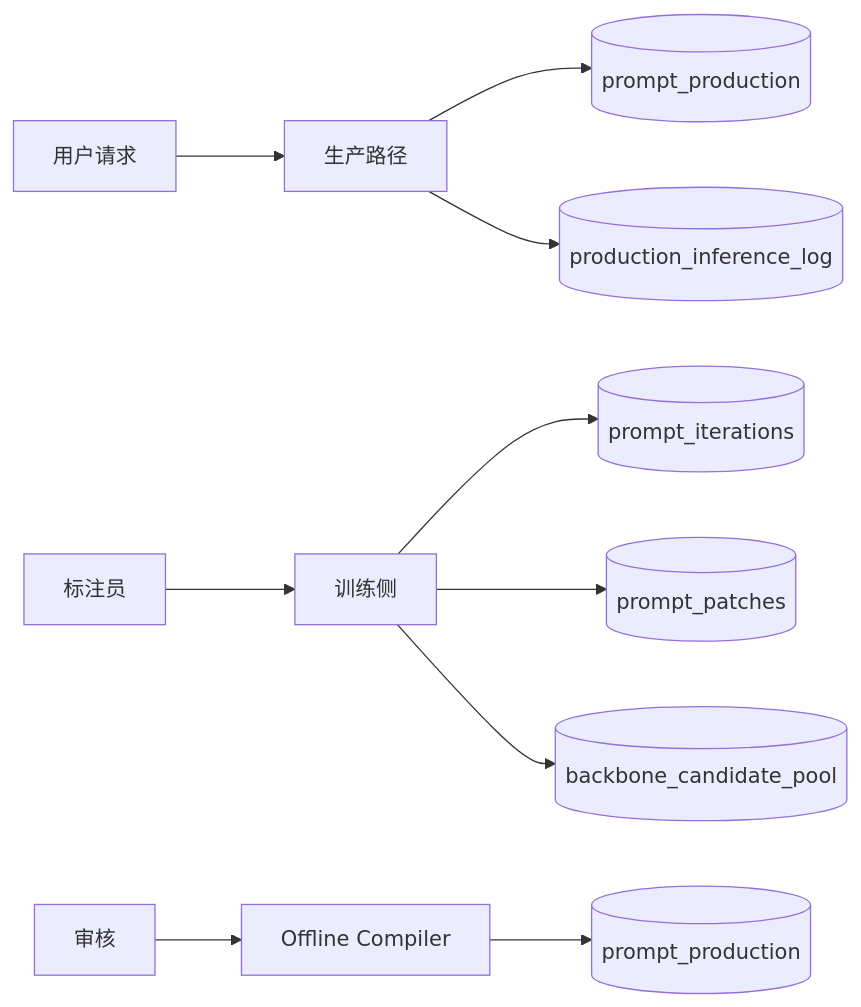
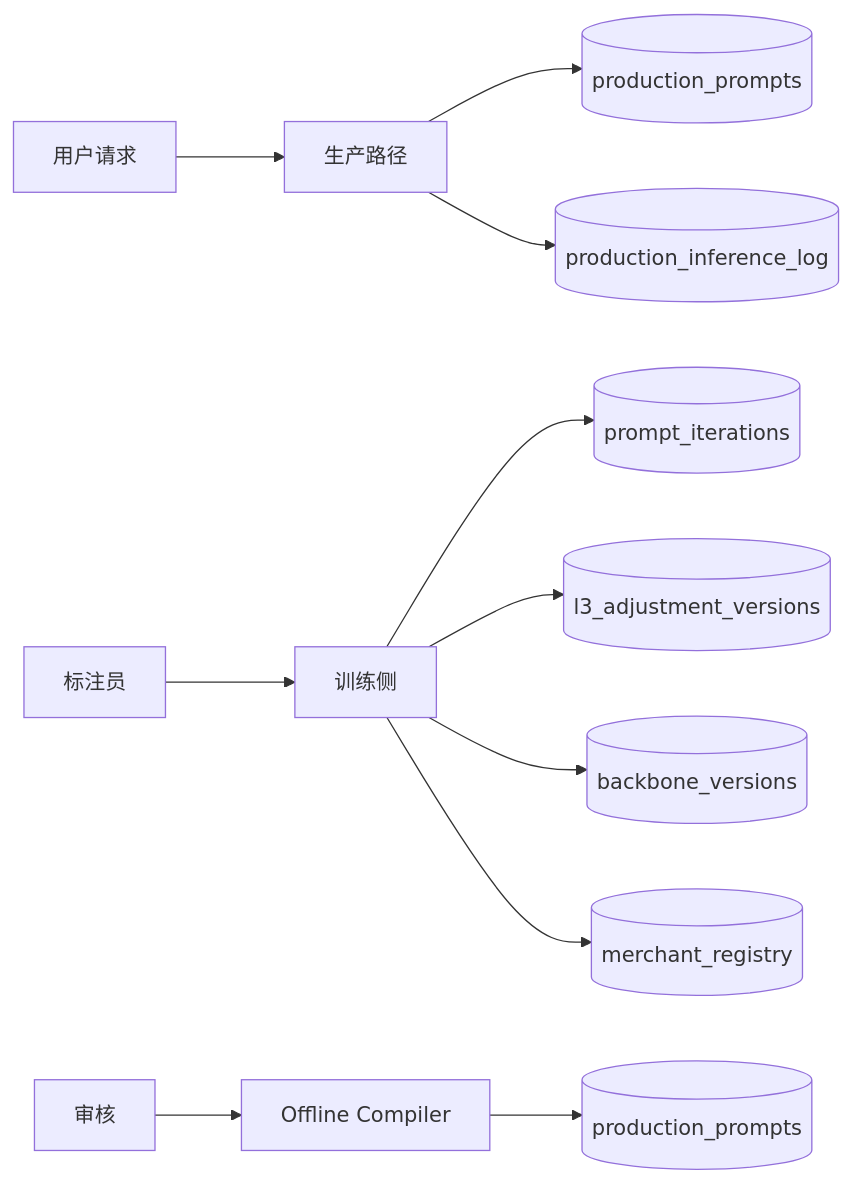
The eighth of 9 diagrams in designs/DESIGN.md (YunChen1227/auto_prompt_optimzer), drawn with Mermaid before and after one commit. The commit also changed other lines of this file, not shown here.

````diff
--- a/designs/DESIGN.md
+++ b/designs/DESIGN.md
@@ -1262,14 +1455,15 @@
 ```mermaid
 flowchart LR
     User[用户请求] --> ProdPath[生产路径]
-    ProdPath --> ReadProd[(prompt_production)]
+    ProdPath --> ReadProd[(production_prompts)]
     ProdPath --> ProdLog[(production_inference_log)]
     
     Annotator[标注员] --> TrainPath[训练侧]
     TrainPath --> ReadIter[(prompt_iterations)]
-    TrainPath --> ReadPatch[(prompt_patches)]
-    TrainPath --> ReadPool[(backbone_candidate_pool)]
+    TrainPath --> ReadL3[(l3_adjustment_versions)]
+    TrainPath --> ReadBB[(backbone_versions)]
+    TrainPath --> ReadMR[(merchant_registry)]
     
     Approval[审核] --> Compile[Offline Compiler]
-    Compile --> WriteProd[(prompt_production)]
+    Compile --> WriteProd[(production_prompts)]
 ```
````
